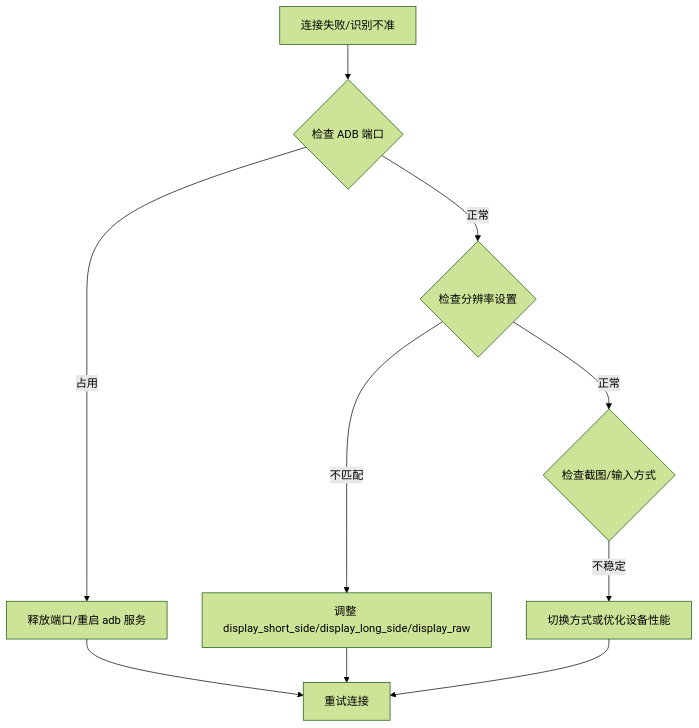
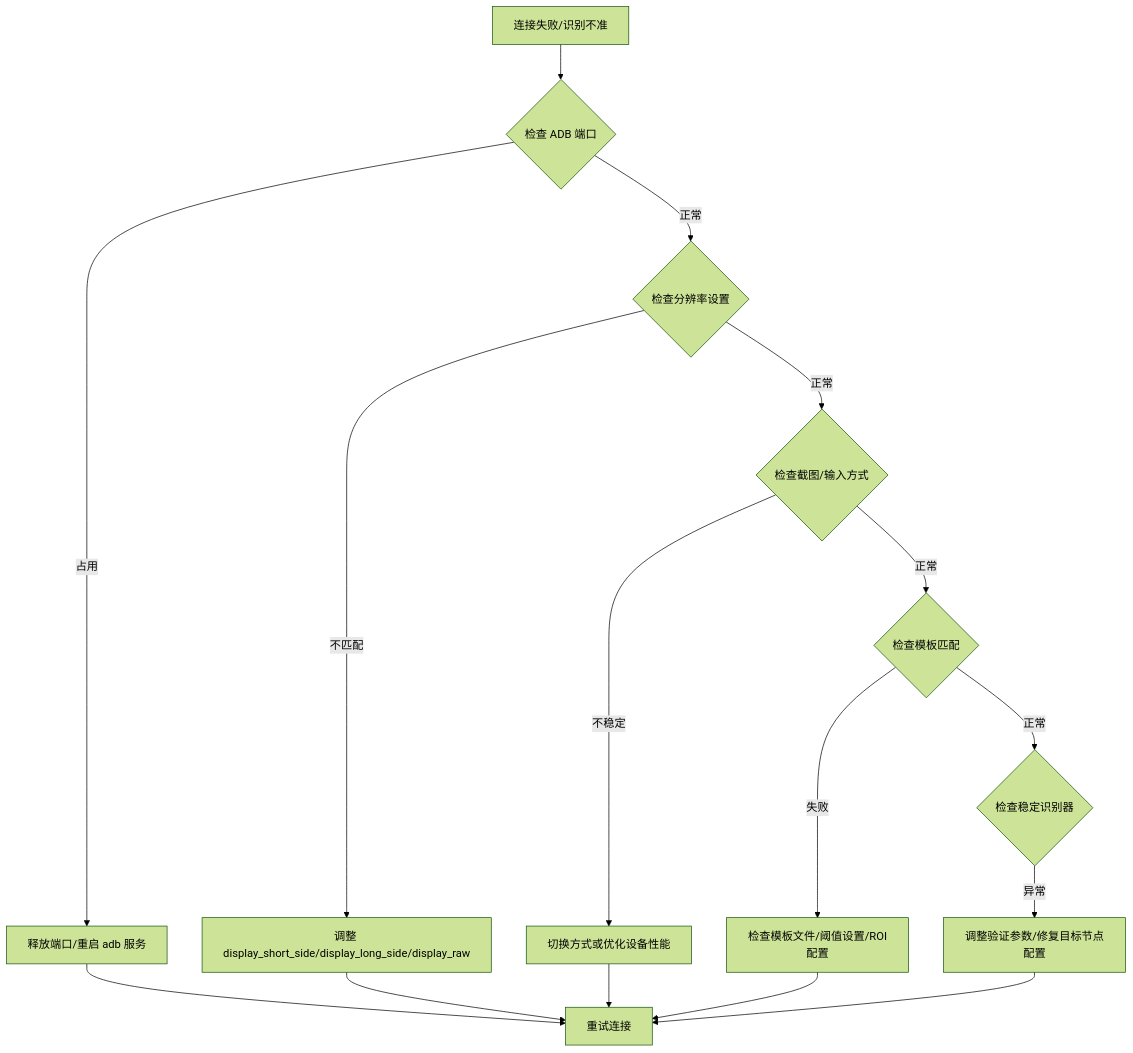
Before and after one commit to kqcoxn/MaaDuDuL: diagram 11 of 11 in .qoder/repowiki/zh/content/系统架构与设计/配置体系与资源管理/界面接口配置/控制器配置/Adb控制器配置.md, drawn with Mermaid (forest theme). The commit also changed other lines of this file and 9 other files, not shown here.

````diff
--- a/.qoder/repowiki/zh/content/系统架构与设计/配置体系与资源管理/界面接口配置/控制器配置/Adb控制器配置.md
+++ b/.qoder/repowiki/zh/content/系统架构与设计/配置体系与资源管理/界面接口配置/控制器配置/Adb控制器配置.md
@@ -250,12 +413,18 @@
 ```mermaid
 flowchart TD
 A["连接失败/识别不准"] --> B{"检查 ADB 端口"}
 B --> |占用| C["释放端口/重启 adb 服务"]
 B --> |正常| D{"检查分辨率设置"}
 D --> |不匹配| E["调整 display_short_side/display_long_side/display_raw"]
 D --> |正常| F{"检查截图/输入方式"}
 F --> |不稳定| G["切换方式或优化设备性能"]
-C --> H["重试连接"]
-E --> H
-G --> H
+F --> |正常| H{"检查模板匹配"}
+H --> |失败| I["检查模板文件/阈值设置/ROI配置"]
+H --> |正常| J{"检查稳定识别器"}
+J --> |异常| K["调整验证参数/修复目标节点配置"]
+C --> L["重试连接"]
+E --> L
+G --> L
+I --> L
+K --> L
 ```
````
